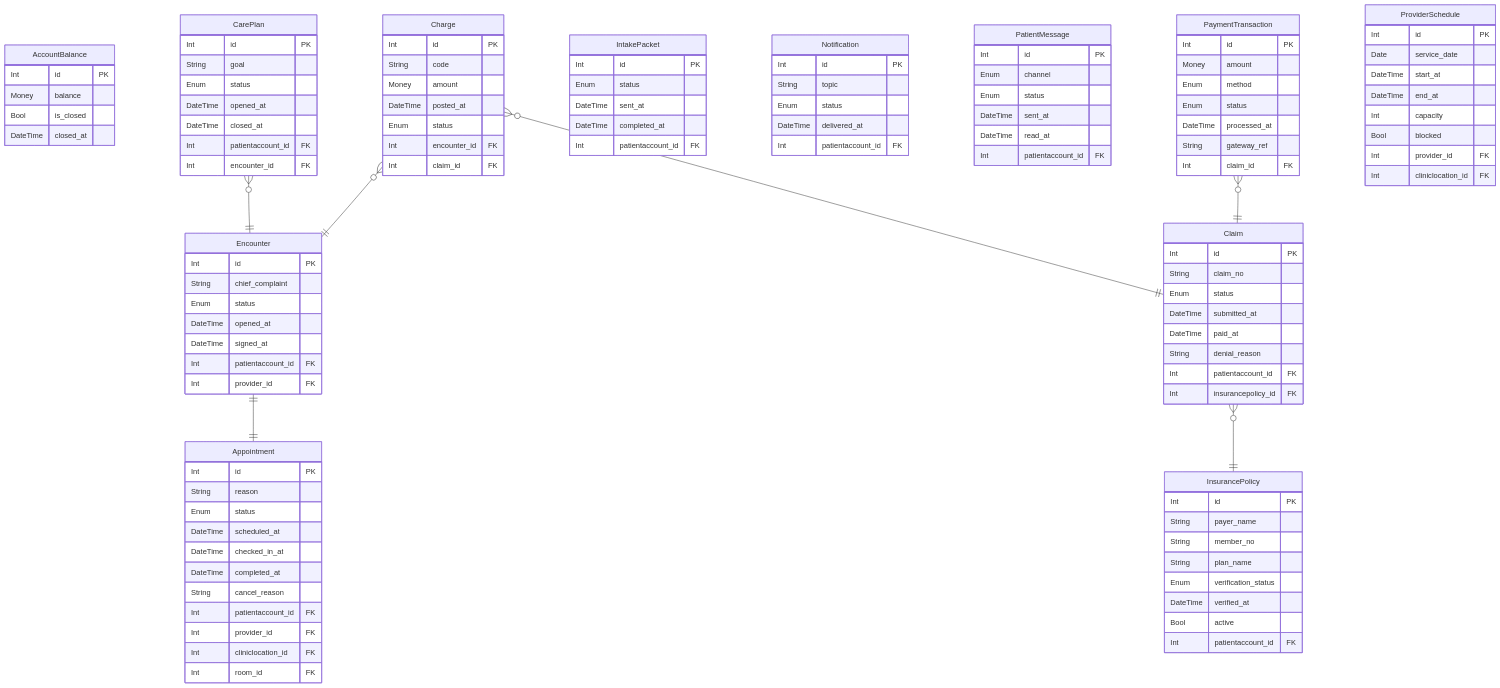
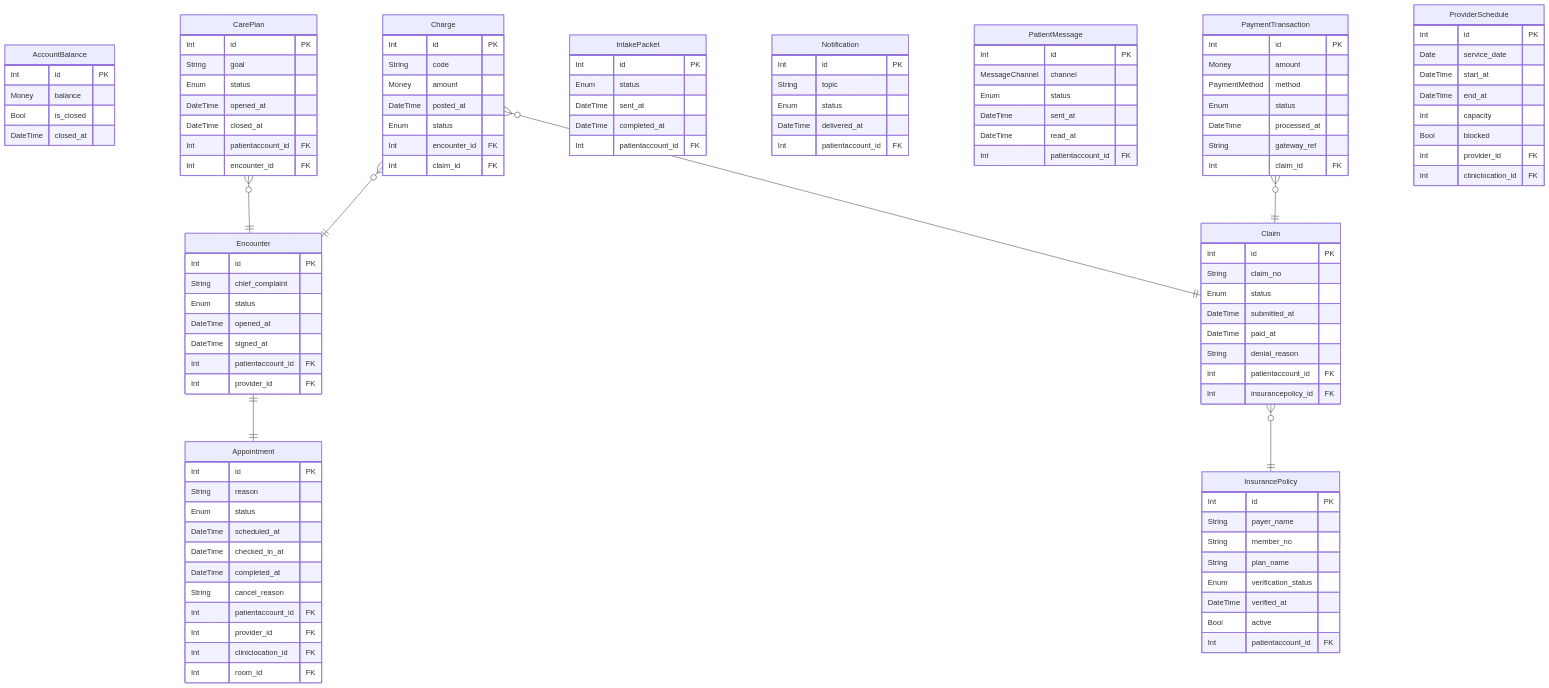
Before and after one commit to manji-0/rdra-ish-dsl: the diagram in samples/clinic-ops/out/er_care_to_billing.mmd, drawn with Mermaid. The commit also changed 12 other files, not shown here.

```diff
--- a/samples/clinic-ops/out/er_care_to_billing.mmd
+++ b/samples/clinic-ops/out/er_care_to_billing.mmd
@@ -1,114 +1,114 @@
 erDiagram
   AccountBalance {
     Int id PK
     Money balance
     Bool is_closed
     DateTime closed_at
   }
   Appointment {
     Int id PK
     String reason
     Enum status
     DateTime scheduled_at
     DateTime checked_in_at
     DateTime completed_at
     String cancel_reason
     Int patientaccount_id FK
     Int provider_id FK
     Int cliniclocation_id FK
     Int room_id FK
   }
   CarePlan {
     Int id PK
     String goal
     Enum status
     DateTime opened_at
     DateTime closed_at
     Int patientaccount_id FK
     Int encounter_id FK
   }
   Charge {
     Int id PK
     String code
     Money amount
     DateTime posted_at
     Enum status
     Int encounter_id FK
     Int claim_id FK
   }
   Claim {
     Int id PK
     String claim_no
     Enum status
     DateTime submitted_at
     DateTime paid_at
     String denial_reason
     Int patientaccount_id FK
     Int insurancepolicy_id FK
   }
   Encounter {
     Int id PK
     String chief_complaint
     Enum status
     DateTime opened_at
     DateTime signed_at
     Int patientaccount_id FK
     Int provider_id FK
   }
   InsurancePolicy {
     Int id PK
     String payer_name
     String member_no
     String plan_name
     Enum verification_status
     DateTime verified_at
     Bool active
     Int patientaccount_id FK
   }
   IntakePacket {
     Int id PK
     Enum status
     DateTime sent_at
     DateTime completed_at
     Int patientaccount_id FK
   }
   Notification {
     Int id PK
     String topic
     Enum status
     DateTime delivered_at
     Int patientaccount_id FK
   }
   PatientMessage {
     Int id PK
-    Enum channel
+    MessageChannel channel
     Enum status
     DateTime sent_at
     DateTime read_at
     Int patientaccount_id FK
   }
   PaymentTransaction {
     Int id PK
     Money amount
-    Enum method
+    PaymentMethod method
     Enum status
     DateTime processed_at
     String gateway_ref
     Int claim_id FK
   }
   ProviderSchedule {
     Int id PK
     Date service_date
     DateTime start_at
     DateTime end_at
     Int capacity
     Bool blocked
     Int provider_id FK
     Int cliniclocation_id FK
   }
   Encounter ||--|| Appointment : ""
   Charge }o--|| Encounter : ""
   Charge }o--|| Claim : ""
   Claim }o--|| InsurancePolicy : ""
   PaymentTransaction }o--|| Claim : ""
   CarePlan }o--|| Encounter : ""
```
